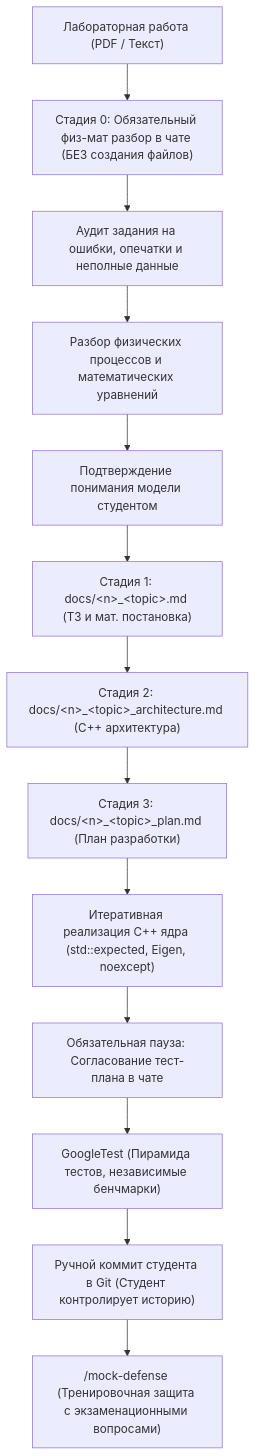
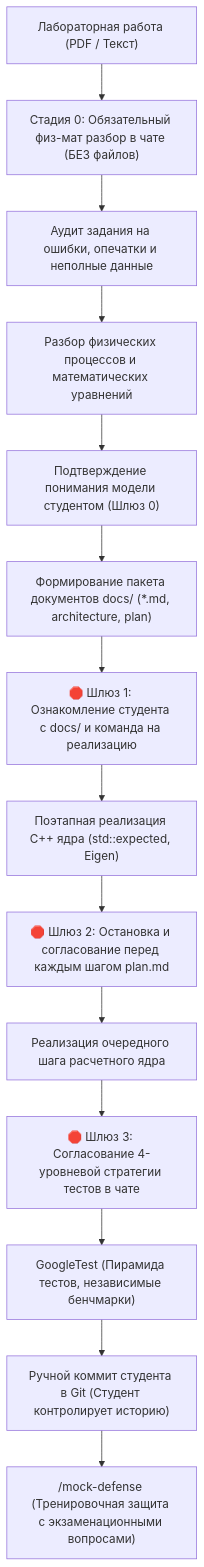
One commit to BugFix-develop/hydraulics-brainstorm changed the diagram in README.md. Above: the diagram before and after it, drawn with Mermaid. The commit also changed other lines of this file and 3 other files, not shown here.

````diff
--- a/README.md
+++ b/README.md
@@ -306,15 +306,16 @@
 ```mermaid
 flowchart TD
-    A["Лабораторная работа (PDF / Текст)"] --> B["Стадия 0: Обязательный физ-мат разбор в чате (БЕЗ создания файлов)"]
+    A["Лабораторная работа (PDF / Текст)"] --> B["Стадия 0: Обязательный физ-мат разбор в чате (БЕЗ файлов)"]
     B --> B1["Аудит задания на ошибки, опечатки и неполные данные"]
     B1 --> B2["Разбор физических процессов и математических уравнений"]
-    B2 --> B3["Подтверждение понимания модели студентом"]
-    B3 --> C["Стадия 1: docs/&lt;n&gt;_&lt;topic&gt;.md (ТЗ и мат. постановка)"]
-    C --> D["Стадия 2: docs/&lt;n&gt;_&lt;topic&gt;_architecture.md (C++ архитектура)"]
-    D --> E["Стадия 3: docs/&lt;n&gt;_&lt;topic&gt;_plan.md (План разработки)"]
-    E --> F["Итеративная реализация C++ ядра (std::expected, Eigen, noexcept)"]
-    F --> F1["Обязательная пауза: Согласование тест-плана в чате"]
-    F1 --> G["GoogleTest (Пирамида тестов, независимые бенчмарки)"]
+    B2 --> B3["Подтверждение понимания модели студентом (Шлюз 0)"]
+    B3 --> C["Формирование пакета документов docs/ (*.md, architecture, plan)"]
+    C --> D["🛑 Шлюз 1: Ознакомление студента с docs/ и команда на реализацию"]
+    D --> E["Поэтапная реализация C++ ядра (std::expected, Eigen)"]
+    E --> E1["🛑 Шлюз 2: Остановка и согласование перед каждым шагом plan.md"]
+    E1 --> E2["Реализация очередного шага расчетного ядра"]
+    E2 --> F["🛑 Шлюз 3: Согласование 4-уровневой стратегии тестов в чате"]
+    F --> G["GoogleTest (Пирамида тестов, независимые бенчмарки)"]
     G --> H["Ручной коммит студента в Git (Студент контролирует историю)"]
     H --> I["/mock-defense (Тренировочная защита с экзаменационными вопросами)"]
 ```
````
